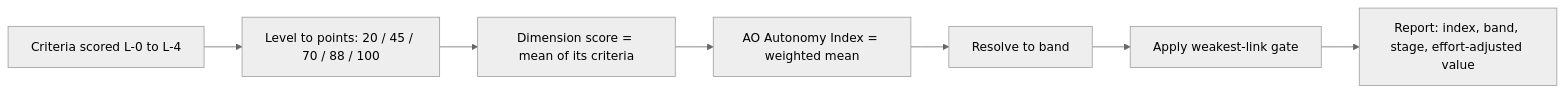
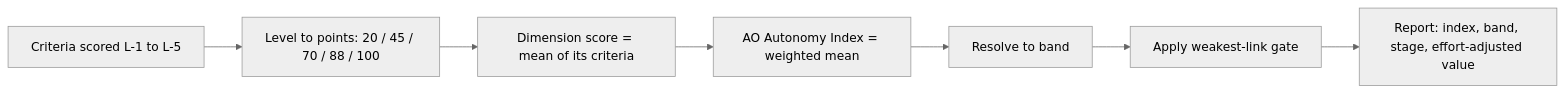
Before and after one commit to Assessment-Models/maturity-model-autonomous-operations: the diagram in docs/QUICKSTART.md, drawn with Mermaid (neutral theme). The commit also changed other lines of this file and 8 other files, not shown here.

````diff
--- a/docs/QUICKSTART.md
+++ b/docs/QUICKSTART.md
@@ -58,9 +59,9 @@
 ```mermaid
 flowchart LR
-  C["Criteria scored L-0 to L-4"] --> P["Level to points: 20 / 45 / 70 / 88 / 100"]
+  C["Criteria scored L-1 to L-5"] --> P["Level to points: 20 / 45 / 70 / 88 / 100"]
   P --> DM["Dimension score = mean of its criteria"]
   DM --> I["AO Autonomy Index = weighted mean"]
   I --> B["Resolve to band"]
   B --> G["Apply weakest-link gate"]
   G --> R["Report: index, band, stage, effort-adjusted value"]
 ```
````
